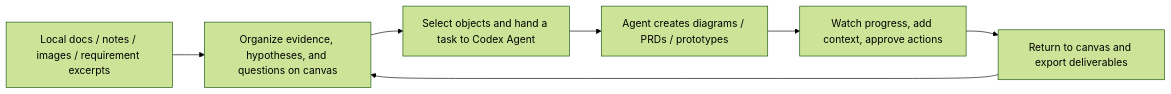
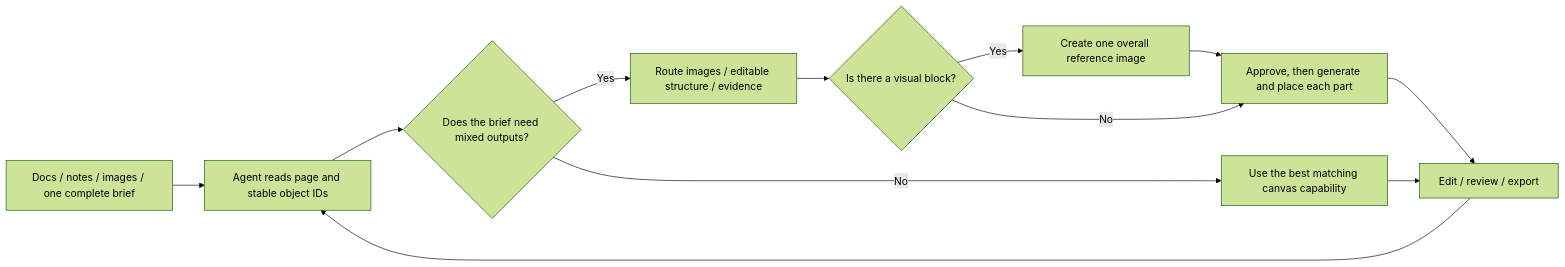
Before and after one commit to suud003/Cowart: the first of 2 diagrams in README.en.md, drawn with Mermaid (forest theme). The commit also changed other lines of this file and 24 other files, not shown here.

Commit message:
feat(agent): add reference-first mixed canvas composition

````diff
--- a/README.en.md
+++ b/README.en.md
@@ -42,9 +42,14 @@
 ```mermaid
 flowchart LR
-  A["Local docs / notes / images / requirement excerpts"] --> B["Organize evidence, hypotheses, and questions on canvas"]
-  B --> C["Select objects and hand a task to Codex Agent"]
-  C --> D["Agent creates diagrams / PRDs / prototypes"]
-  D --> E["Watch progress, add context, approve actions"]
-  E --> F["Return to canvas and export deliverables"]
-  F --> B
+  A["Docs / notes / images / one complete brief"] --> B["Agent reads page and stable object IDs"]
+  B --> C{"Does the brief need mixed outputs?"}
+  C -->|Yes| D["Route images / editable structure / evidence"]
+  D --> E{"Is there a visual block?"}
+  E -->|Yes| F["Create one overall reference image"]
+  F --> I["Approve, then generate and place each part"]
+  E -->|No| I
+  C -->|No| G["Use the best matching canvas capability"]
+  I --> H["Edit / review / export"]
+  G --> H
+  H --> B
 ```
````
